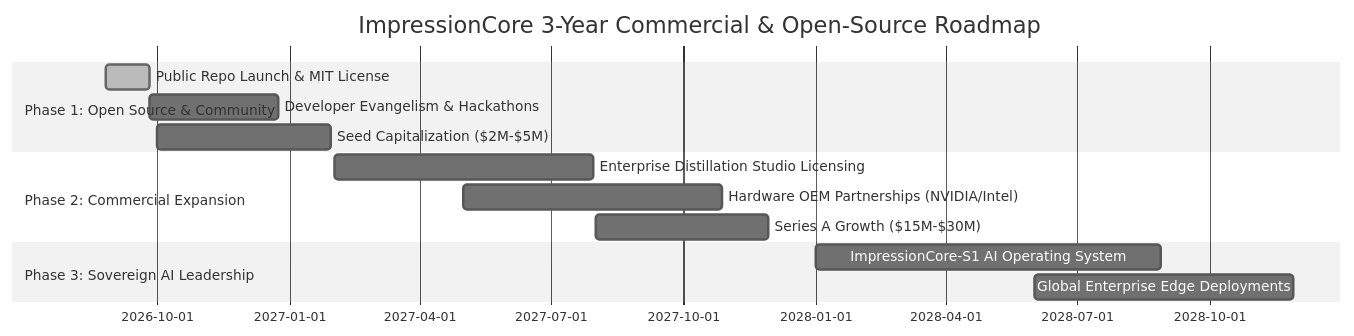
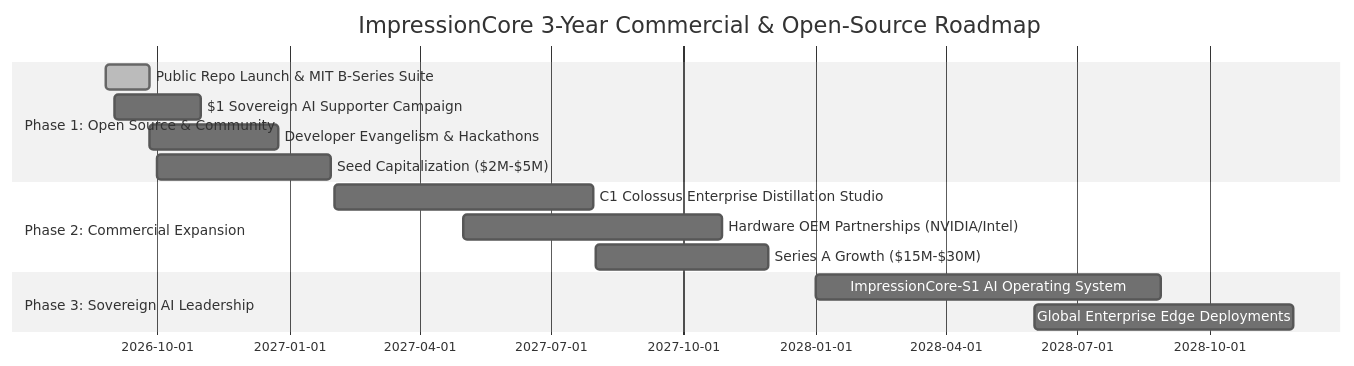
Before and after one commit to kirklasalle/impressioncore: the second of 2 diagrams in docs/strategic/GRAND_MARKET_AND_COMPETITIVE_LANDSCAPE_2026.md, drawn with Mermaid (neutral theme). The commit also changed other lines of this file and 4 other files, not shown here.

Commit message:
feat(licensing): establish Two-Tier Licensing Architecture (MIT B-Series + Commercial C1 Colossus & forward)

````diff
--- a/docs/strategic/GRAND_MARKET_AND_COMPETITIVE_LANDSCAPE_2026.md
+++ b/docs/strategic/GRAND_MARKET_AND_COMPETITIVE_LANDSCAPE_2026.md
@@ -232,16 +233,17 @@
 ```mermaid
 gantt
     title ImpressionCore 3-Year Commercial & Open-Source Roadmap
     dateFormat  YYYY-MM-DD
     section Phase 1: Open Source & Community
-    Public Repo Launch & MIT License           :done, 2026-08-26, 30d
+    Public Repo Launch & MIT B-Series Suite    :done, 2026-08-26, 30d
+    $1 Sovereign AI Supporter Campaign         :2026-09-01, 60d
     Developer Evangelism & Hackathons          :2026-09-25, 90d
     Seed Capitalization ($2M-$5M)              :2026-10-01, 120d
     section Phase 2: Commercial Expansion
-    Enterprise Distillation Studio Licensing   :2027-02-01, 180d
+    C1 Colossus Enterprise Distillation Studio :2027-02-01, 180d
     Hardware OEM Partnerships (NVIDIA/Intel)   :2027-05-01, 180d
     Series A Growth ($15M-$30M)                :2027-08-01, 120d
     section Phase 3: Sovereign AI Leadership
     ImpressionCore-S1 AI Operating System      :2028-01-01, 240d
     Global Enterprise Edge Deployments         :2028-06-01, 180d
 ```
````
